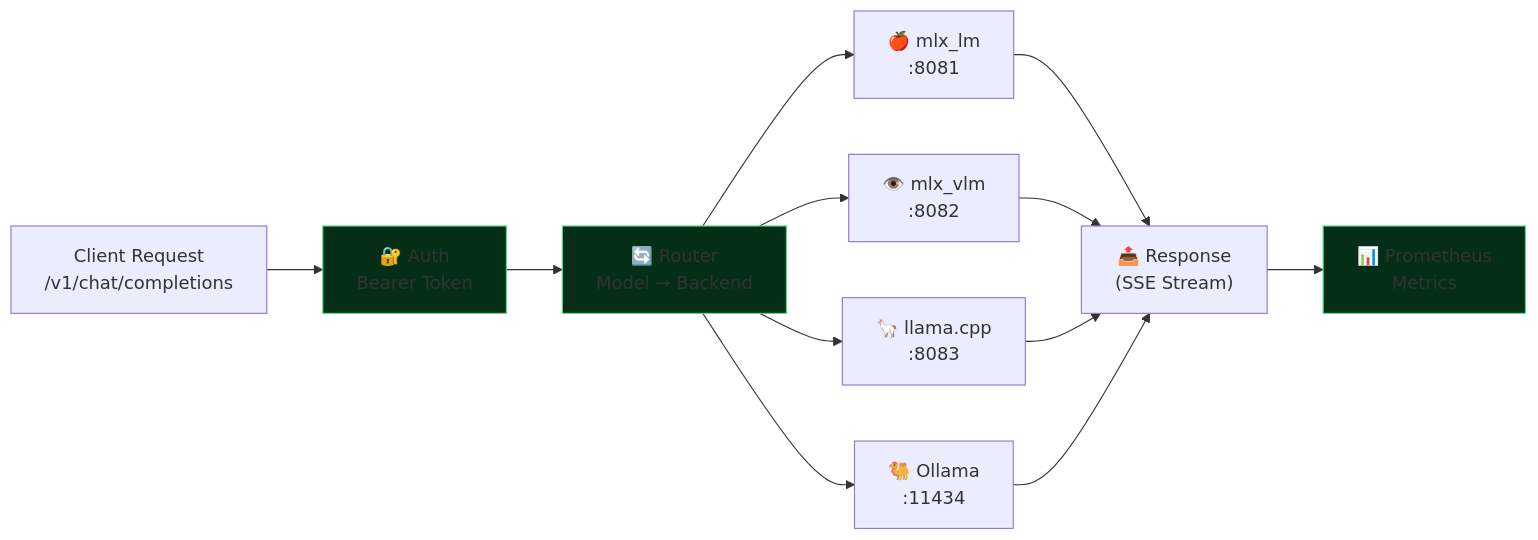
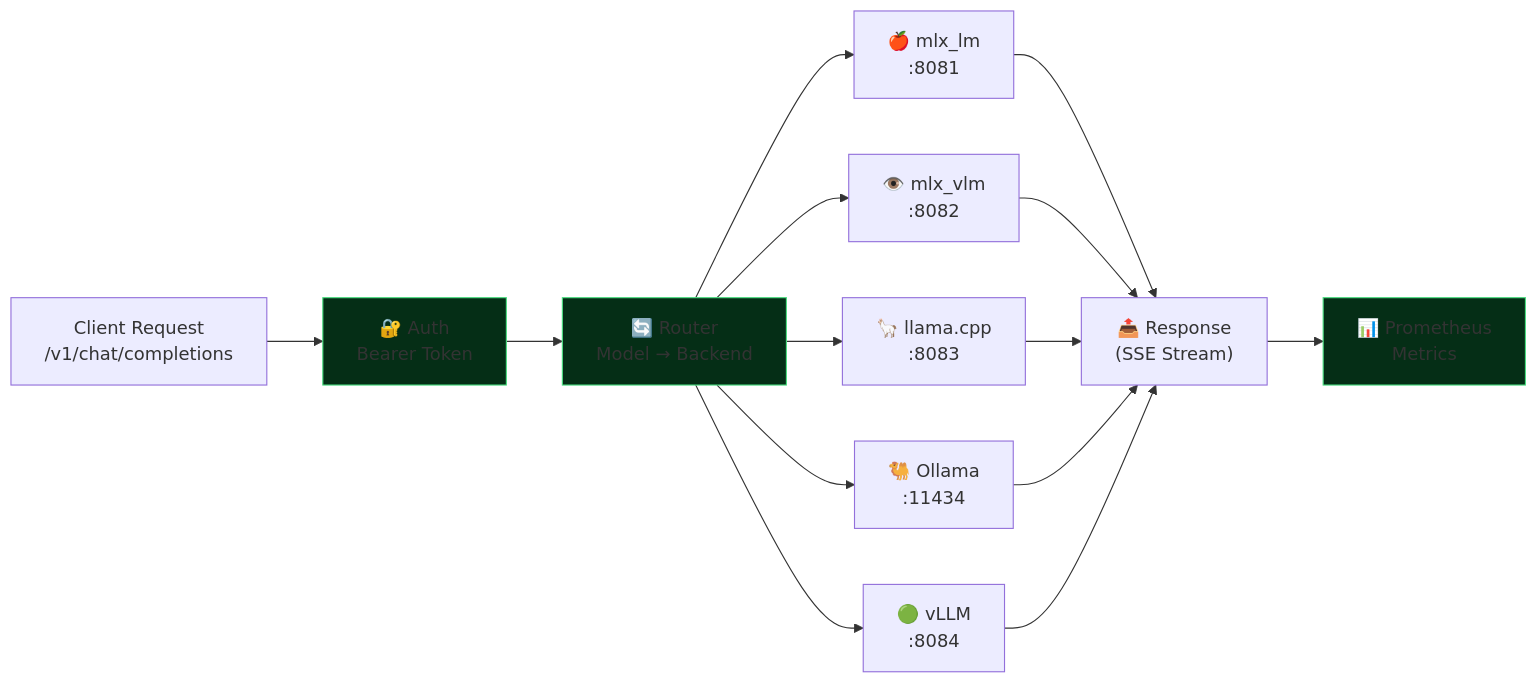
One commit to MegaWiz-Dev-Team/Asgard changed the fourth of 7 diagrams in docs/architecture.md. Above: the diagram before and after it, drawn with Mermaid. The commit also changed other lines of this file and 12 other files, not shown here.

````diff
--- a/docs/architecture.md
+++ b/docs/architecture.md
@@ -180,20 +190,22 @@
 ```mermaid
 graph LR
     Client["Client Request<br/>/v1/chat/completions"] --> Auth["🔐 Auth<br/>Bearer Token"]
     Auth --> Router["🔄 Router<br/>Model → Backend"]
     Router --> MLX["🍎 mlx_lm<br/>:8081"]
     Router --> VLM["👁️ mlx_vlm<br/>:8082"]
     Router --> LC["🦙 llama.cpp<br/>:8083"]
     Router --> OL["🐫 Ollama<br/>:11434"]
+    Router --> VL["🟢 vLLM<br/>:8084"]
 
     MLX --> Response["📤 Response<br/>(SSE Stream)"]
     VLM --> Response
     LC --> Response
     OL --> Response
+    VL --> Response
 
     Response --> Metrics["📊 Prometheus<br/>Metrics"]
 
     style Auth fill:#052e16,stroke:#4ade80
     style Router fill:#052e16,stroke:#4ade80
     style Metrics fill:#052e16,stroke:#4ade80
 ```
````
